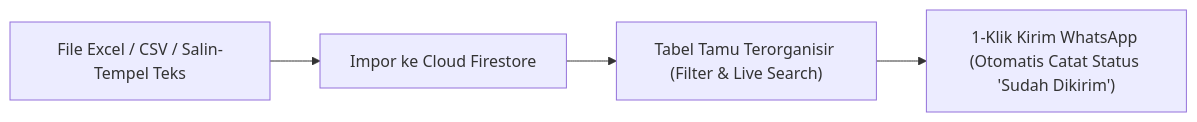
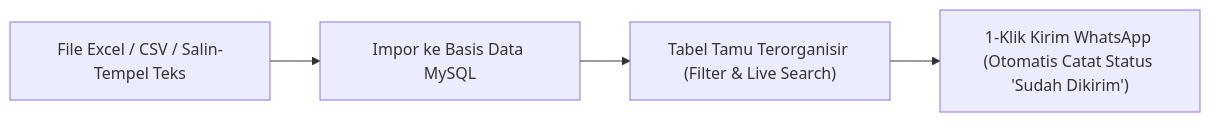
One commit to hndko/app_weddingbetawi_react changed the second of 6 diagrams in docs/02-buku-panduan-pengguna.md. Above: the diagram before and after it, drawn with Mermaid. The commit also changed other lines of this file and 2 other files, not shown here.

````diff
--- a/docs/02-buku-panduan-pengguna.md
+++ b/docs/02-buku-panduan-pengguna.md
@@ -139,6 +139,6 @@
 ```mermaid
 graph LR
-    A["File Excel / CSV / Salin-Tempel Teks"] --> B["Impor ke Cloud Firestore"]
+    A["File Excel / CSV / Salin-Tempel Teks"] --> B["Impor ke Basis Data MySQL"]
     B --> C["Tabel Tamu Terorganisir (Filter & Live Search)"]
     C --> D["1-Klik Kirim WhatsApp (Otomatis Catat Status 'Sudah Dikirim')"]
 ```
````
